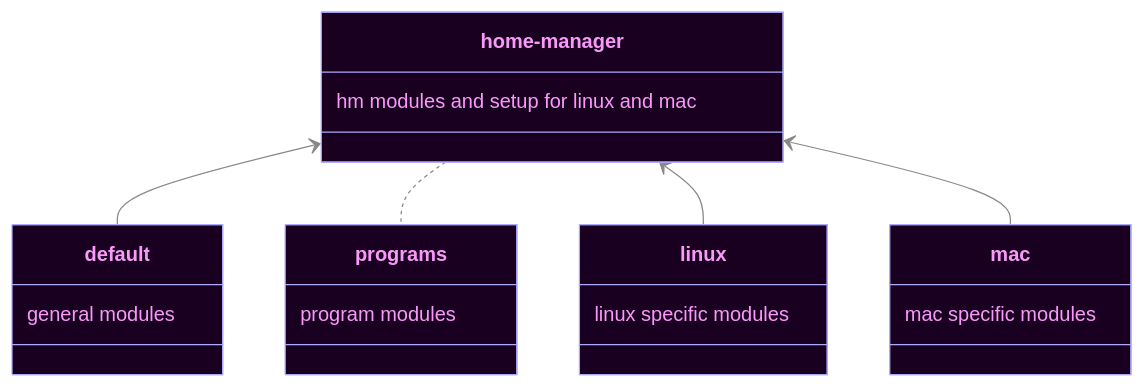
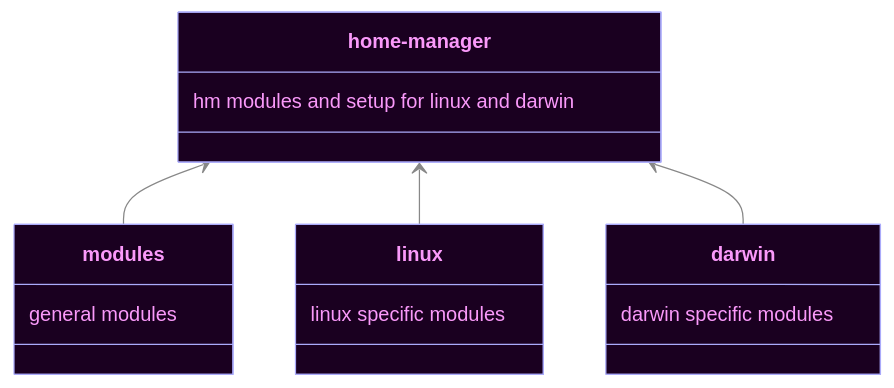
The diagram in home-manager/README.md (xav-ie/dots), drawn with Mermaid before and after one commit.

````diff
--- a/home-manager/README.md
+++ b/home-manager/README.md
@@ -13,23 +13,21 @@
 ```mermaid
 ---
 config:
   theme: base
   themeVariables:
     darkMode: true
     primaryColor: "#1a0020"
     primaryTextColor: "#fa99fa"
     primaryBorderColor: "#aaaafa"
     lineColor: "#888"
     fontFamily: "monospace"
 ---
 classDiagram
-    home-manager: hm modules and setup for linux and mac
-    default: general modules
-    programs: program modules
+    home-manager: hm modules and setup for linux and darwin
+    modules: general modules
     linux: linux specific modules
-    mac: mac specific modules
-    home-manager <-- default
-    home-manager .. programs
+    darwin: darwin specific modules
+    home-manager <-- modules
     home-manager <-- linux
-    home-manager <-- mac
+    home-manager <-- darwin
 ```
````
